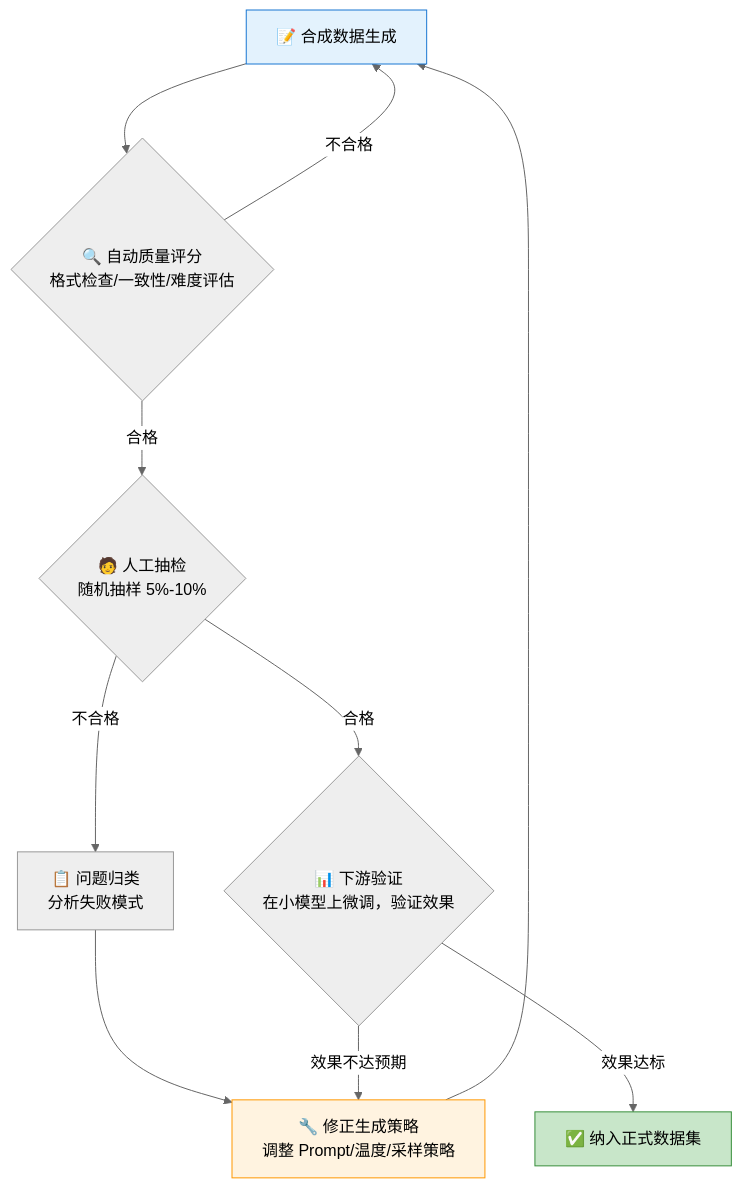
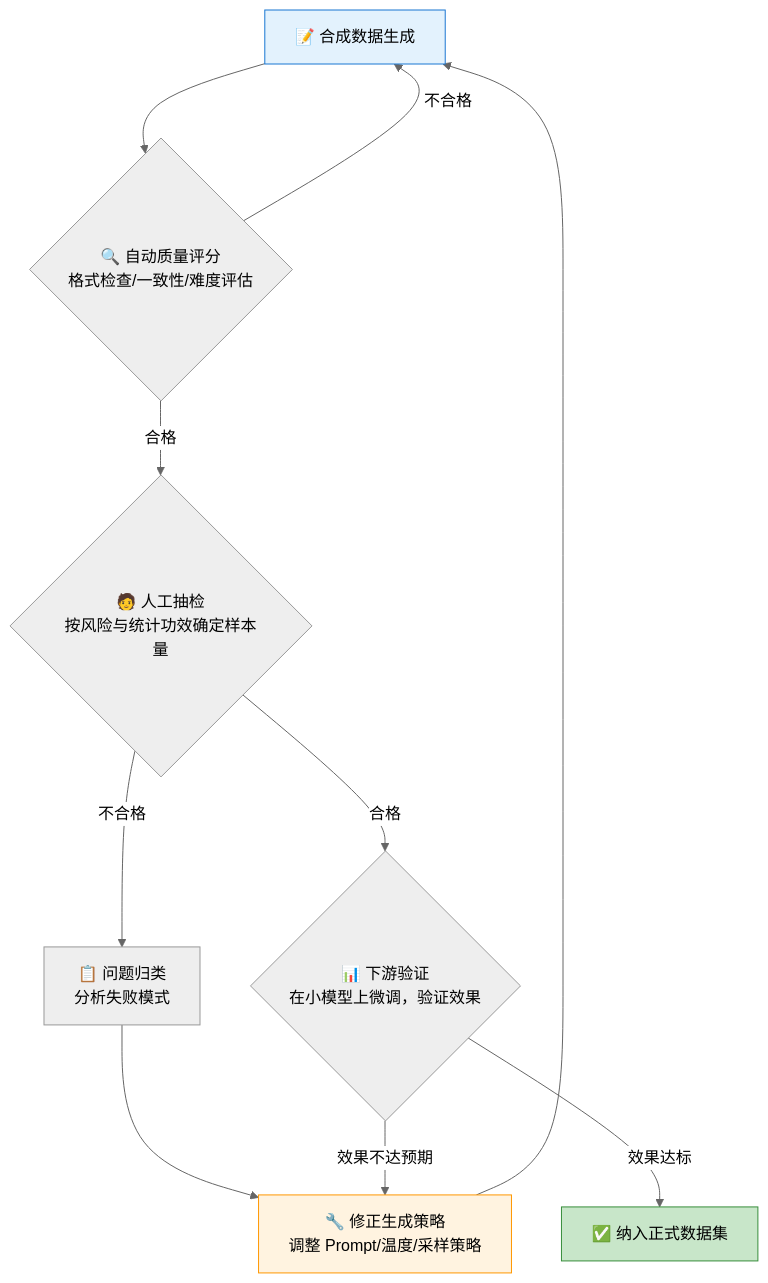
The third of 6 diagrams in 22_大模型数据工程.md (BeefWrap4/LLM-Knowledge-Base), drawn with Mermaid (neutral theme) before and after one commit. The commit also changed other lines of this file and 454 other files, not shown here.

````diff
--- a/22_大模型数据工程.md
+++ b/22_大模型数据工程.md
@@ -643,16 +653,16 @@
 ```mermaid
 graph TD
     A["📝 合成数据生成"] --> B{"🔍 自动质量评分<br/>格式检查/一致性/难度评估"}
     B -->|不合格| A
-    B -->|合格| C{"🧑 人工抽检<br/>随机抽样 5%-10%"}
+        B -->|合格| C{"🧑 人工抽检<br/>按风险与统计功效确定样本量"}
     C -->|不合格| D["📋 问题归类<br/>分析失败模式"]
     D --> E["🔧 修正生成策略<br/>调整 Prompt/温度/采样策略"]
     E --> A
     C -->|合格| F{"📊 下游验证<br/>在小模型上微调，验证效果"}
     F -->|效果不达预期| E
     F -->|效果达标| G["✅ 纳入正式数据集"]
     
     style G fill:#c8e6c9,stroke:#388e3c
     style A fill:#e3f2fd,stroke:#1976d2
     style E fill:#fff3e0,stroke:#ff9800
 ```
````
